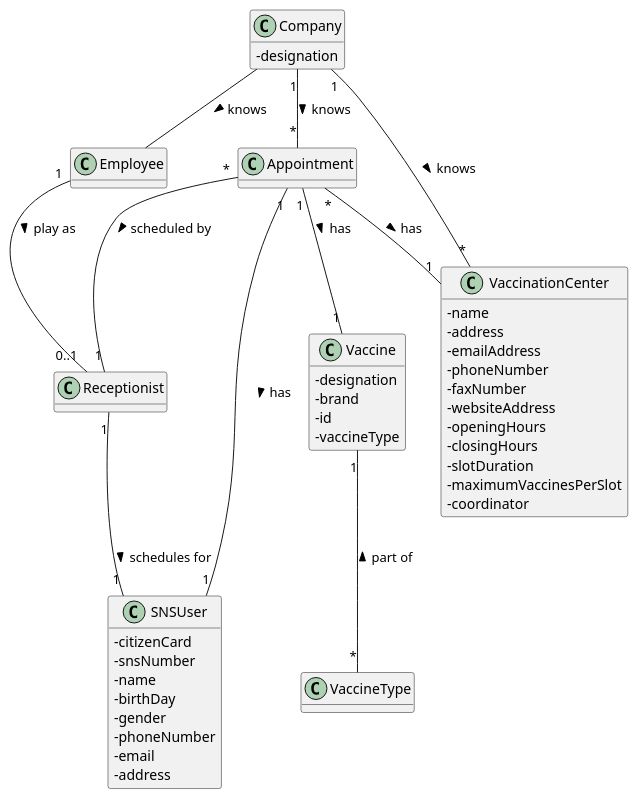
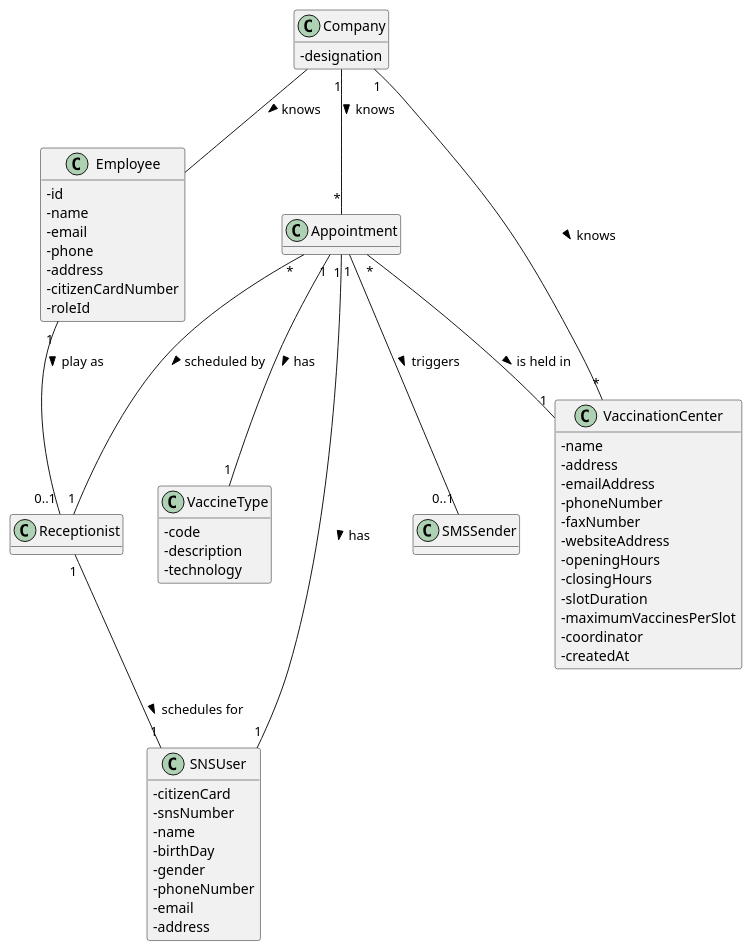
Before and after one commit to miseEnPlace-i/lapr2: the diagram in docs/SprintC/US02/DM/US02_DM.puml, drawn with PlantUML. The commit also changed 1 other file, not shown here.

Commit message:
docs(US02): updated dm (added classes atributes and SMSSender class)

```diff
--- a/docs/SprintC/US02/DM/US02_DM.puml
+++ b/docs/SprintC/US02/DM/US02_DM.puml
@@ -1,62 +1,70 @@
 @startuml  US02_DM
 hide methods
 skinparam classAttributeIconSize 0
 
 
 class Appointment {}
 
-class VaccineType {}
+class VaccineType {
+  -code 
+  -description
+  -technology
+}
 
 class SNSUser {
   - citizenCard
   - snsNumber
   - name
   - birthDay
   - gender
   - phoneNumber
   - email
   - address
 }
 
 class VaccinationCenter{
   -name
   -address
   -emailAddress
   -phoneNumber
   -faxNumber
   -websiteAddress
   -openingHours  
   -closingHours
   -slotDuration
   -maximumVaccinesPerSlot
   -coordinator
+  -createdAt
 }
 
 class Company{
   -designation
 }
 
 class Receptionist {}
 
-class Employee {}
-
-class Vaccine {
-  -designation
-  -brand
+class Employee {
   -id
-  -vaccineType
+  -name
+  -email
+  -phone
+  -address
+  -citizenCardNumber
+  -roleId
 }
 
+class SMSSender {}
+
 Company "1" -- "*" Appointment : knows >
-Appointment "1"  -- "1" Vaccine : has >
-Appointment "*" -- "1" VaccinationCenter : has >
+Appointment "1"  -- "1" VaccineType : has >
+Appointment "*" -- "1" VaccinationCenter : is held in >
 Company "1" -- "*" VaccinationCenter : knows >
 Appointment "*" -- "1" Receptionist : scheduled by >
 Receptionist "1" -- "1" SNSUser : schedules for >
 Appointment "1" -- "1" SNSUser : has >
 Employee "1" -- "0..1" Receptionist : play as >
 Company -- Employee : knows >
-Vaccine "1" -- "*" VaccineType : part of <
+Appointment "1" -- "0..1" SMSSender : triggers >
 
 
 @enduml
```
